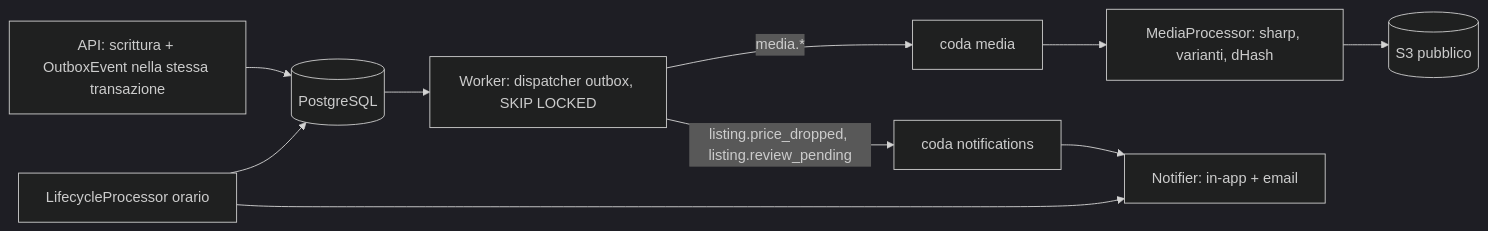
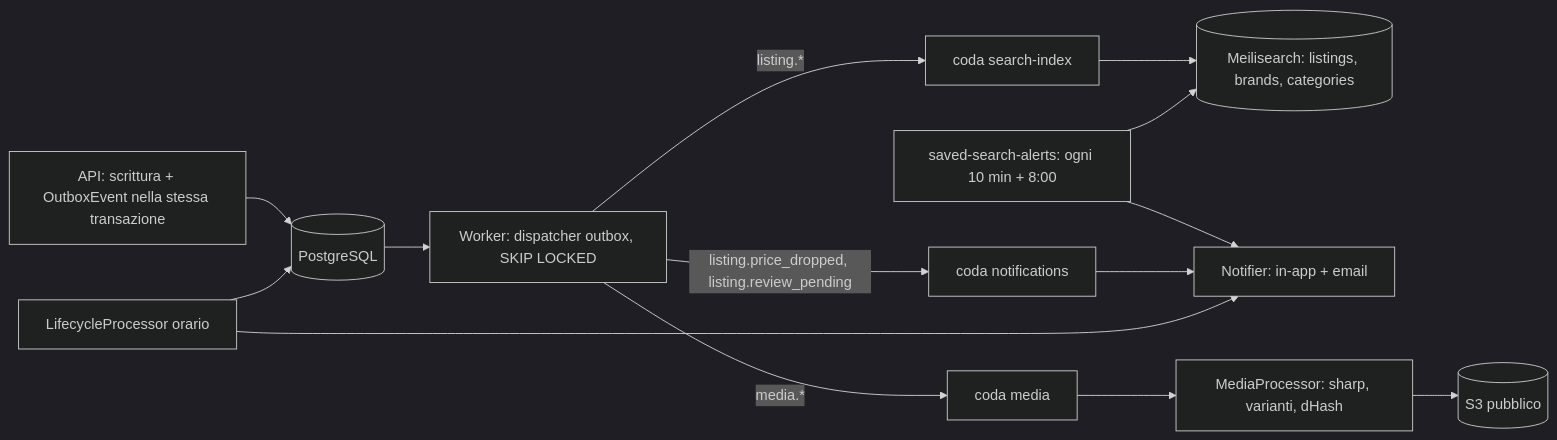
One commit to Kanjano/accordo changed the first of 2 diagrams in docs/ARCHITECTURE.md. Above: the diagram before and after it, drawn with Mermaid (dark theme). The commit also changed other lines of this file and 92 other files, not shown here.

````diff
--- a/docs/ARCHITECTURE.md
+++ b/docs/ARCHITECTURE.md
@@ -12,12 +14,16 @@
 ```mermaid
 flowchart LR
   API[API: scrittura + OutboxEvent nella stessa transazione] --> PG[(PostgreSQL)]
   PG --> D[Worker: dispatcher outbox, SKIP LOCKED]
   D -->|media.*| QM[coda media]
   D -->|listing.price_dropped, listing.review_pending| QN[coda notifications]
+  D -->|listing.*| QS[coda search-index]
+  QS --> MS[(Meilisearch: listings, brands, categories)]
+  SA[saved-search-alerts: ogni 10 min + 8:00] --> MS
+  SA --> N
   QM --> MP[MediaProcessor: sharp, varianti, dHash]
   MP --> S3[(S3 pubblico)]
   QN --> N[Notifier: in-app + email]
   L[LifecycleProcessor orario] --> PG
   L --> N
 ```
````
